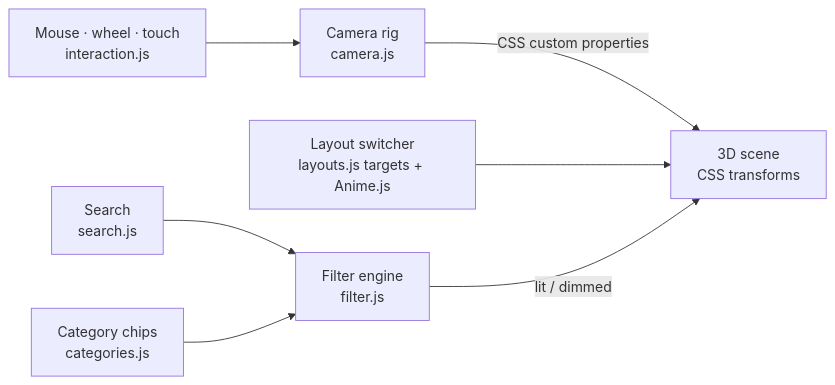
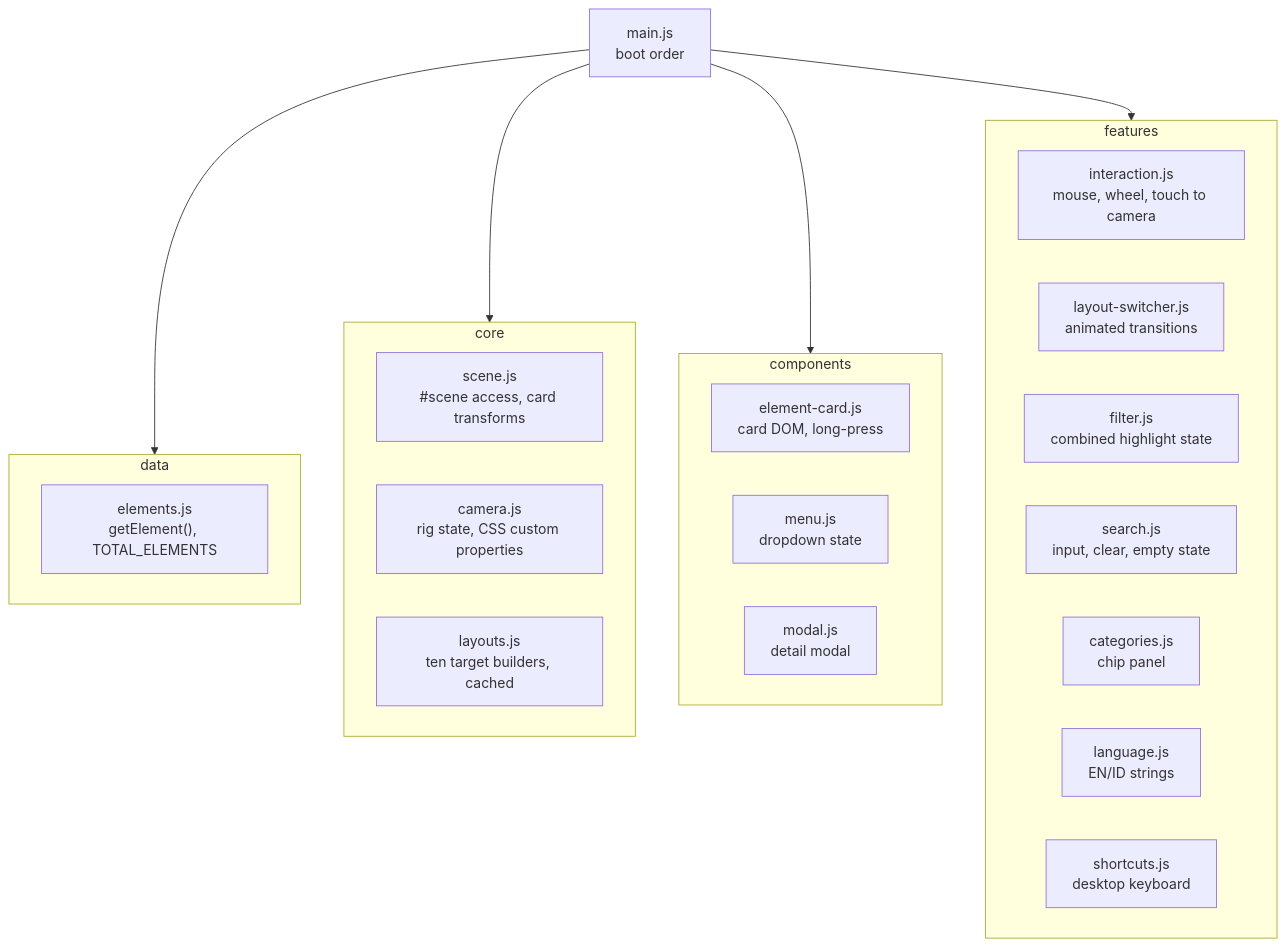
Before and after one commit to mzhnk/periodic-table: the second of 2 diagrams in README.md, drawn with Mermaid. The commit also changed other lines of this file, not shown here.

````diff
--- a/README.md
+++ b/README.md
@@ -110,11 +211,35 @@
 ```mermaid
-flowchart LR
-    IN["Mouse · wheel · touch<br/>interaction.js"] --> CAM["Camera rig<br/>camera.js"]
-    CAM -- "CSS custom properties" --> SCENE["3D scene<br/>CSS transforms"]
+flowchart TB
+    MAIN["main.js<br/>boot order"]
 
-    LAY["Layout switcher<br/>layouts.js targets + Anime.js"] --> SCENE
+    subgraph DATA["data"]
+        EL["elements.js<br/>getElement(), TOTAL_ELEMENTS"]
+    end
 
-    SRCH["Search<br/>search.js"] --> FLT["Filter engine<br/>filter.js"]
-    CATS["Category chips<br/>categories.js"] --> FLT
-    FLT -- "lit / dimmed" --> SCENE
+    subgraph CORE["core"]
+        SC["scene.js<br/>#scene access, card transforms"]
+        CAM["camera.js<br/>rig state, CSS custom properties"]
+        LAY["layouts.js<br/>ten target builders, cached"]
+    end
+
+    subgraph COMP["components"]
+        CARD["element-card.js<br/>card DOM, long-press"]
+        MENU["menu.js<br/>dropdown state"]
+        MODAL["modal.js<br/>detail modal"]
+    end
+
+    subgraph FEAT["features"]
+        INT["interaction.js<br/>mouse, wheel, touch to camera"]
+        SW["layout-switcher.js<br/>animated transitions"]
+        FIL["filter.js<br/>combined highlight state"]
+        SRCH["search.js<br/>input, clear, empty state"]
+        CAT["categories.js<br/>chip panel"]
+        LANG["language.js<br/>EN/ID strings"]
+        SHORT["shortcuts.js<br/>desktop keyboard"]
+    end
+
+    MAIN --> DATA
+    MAIN --> CORE
+    MAIN --> COMP
+    MAIN --> FEAT
 ```
````
